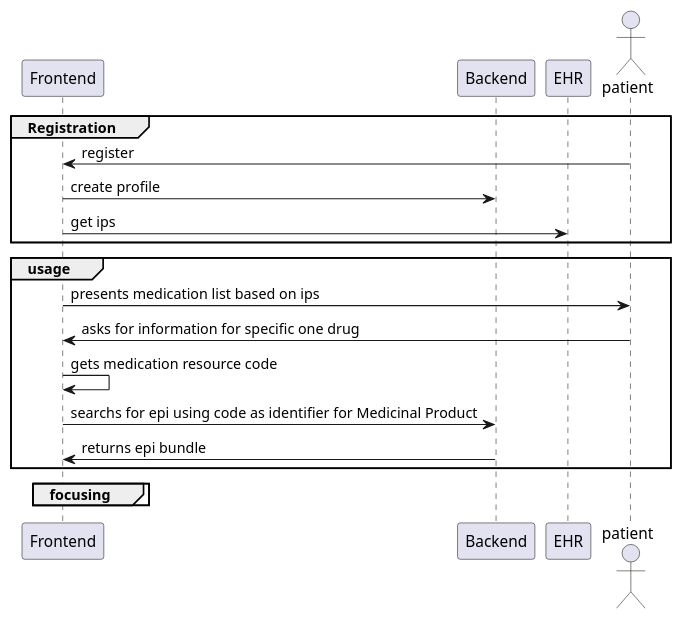
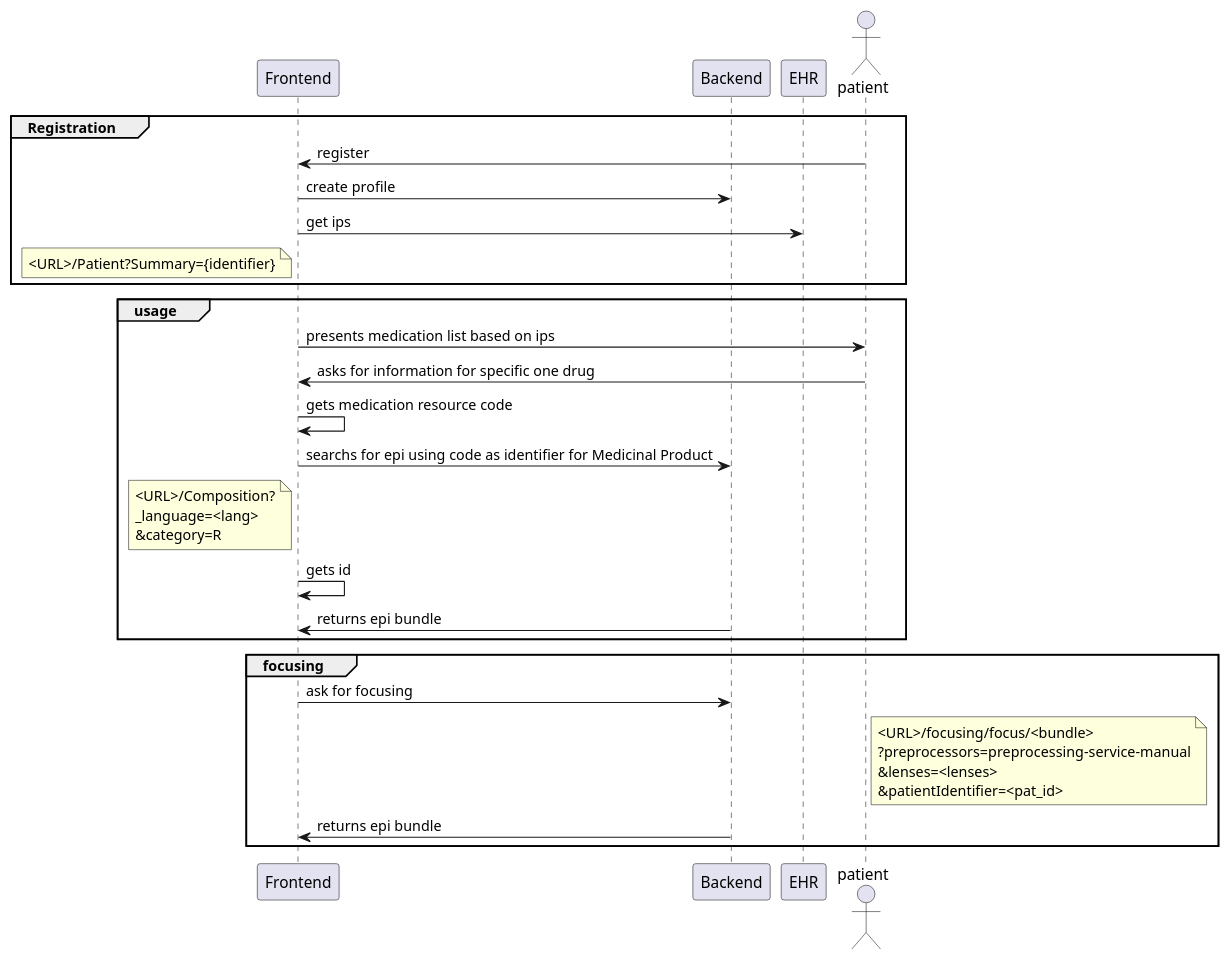
One commit to hl7-eu/gravitate-health changed the diagram in input/images-source/workflow-project.plantuml. Above: the diagram before and after it, drawn with PlantUML. The commit also changed 2 other files, not shown here.

```diff
--- a/input/images-source/workflow-project.plantuml
+++ b/input/images-source/workflow-project.plantuml
@@ -1,41 +1,60 @@
 @startuml
 participant Frontend as fe
 participant Backend as be
 participant EHR as ehr
 actor       patient       as pat
 /'
 actor       Physician       as phy
 
 boundary    Boundary    as Foo2
 control     Control     as Foo3
 entity      Entity      as Foo4
 collections Collections as Foo6
 queue       Queue       as Foo7
 Foo -> Foo5 : To database
 Foo -> Foo6 : To collections
 Foo -> Foo7: To queue
 database    MPI    as mpi
 
 '/
 /'phy -> ehr : add information across several appointments
 '/
 group Registration
 
 pat -> fe : register
 fe -> be : create profile
-fe -> ehr : get ips
+fe -> ehr : get ips 
+note left of fe : <URL>/Patient?Summary={identifier}
+
 end
+
 
 group usage
 fe -> pat: presents medication list based on ips
 pat -> fe : asks for information for specific one drug
 fe -> fe : gets medication resource code
 fe -> be: searchs for epi using code as identifier for Medicinal Product
+note left of fe
+ <URL>/Composition?
+ _language=<lang>
+ &category=R
+ end note
+fe -> fe: gets id
 be -> fe: returns epi bundle
 
 end
 
 group focusing
+fe -> be: ask for focusing
+note right of pat 
+<URL>/focusing/focus/<bundle>
+?preprocessors=preprocessing-service-manual
+&lenses=<lenses>
+&patientIdentifier=<pat_id>
+end note
+
+be -> fe: returns epi bundle
+
 
 end
 @enduml
```
